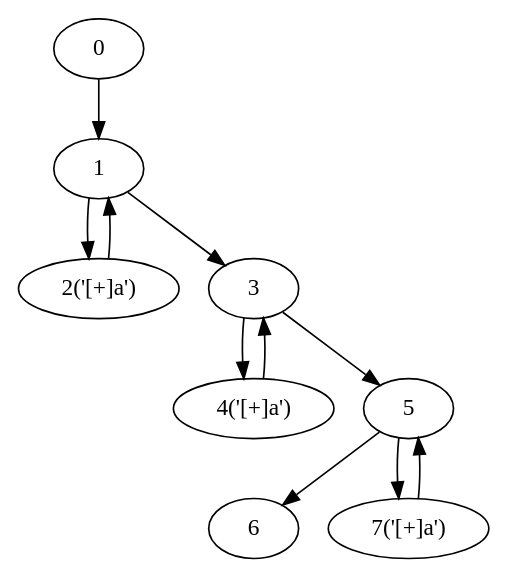
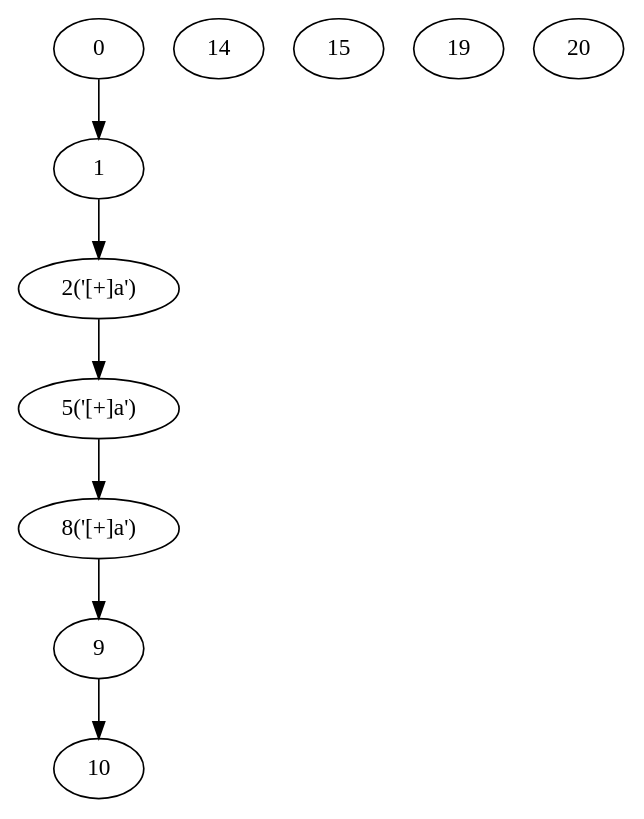
The diagram in NRegex.Test/Graphs/TestMethod15.dot (yyl-20020115/NRegEx), drawn with Graphviz before and after one commit. The commit also changed 9 other files, not shown here.

```diff
--- a/NRegex.Test/Graphs/TestMethod15.dot
+++ b/NRegex.Test/Graphs/TestMethod15.dot
@@ -1,29 +1,21 @@
 digraph g {
-	0 ;
-	0 ;
-	0 ;
-	0 ;
-	0 ;
-	0 ;
-	0 ;
-	0 ;
-	0 ;
 	0 ;
 	1 ;
 	2 [label="2('[+]a')"];
-	3 ;
-	4 [label="4('[+]a')"];
-	5 ;
-	6 ;
-	7 [label="7('[+]a')"];
+	5 [label="5('[+]a')"];
+	8 [label="8('[+]a')"];
+	9 ;
+	9 ;
+	10 ;
+	10 ;
+	14 ;
+	15 ;
+	19 ;
+	20 ;
 	0->1;
-	2->1;
 	1->2;
-	1->3;
-	4->3;
-	3->4;
-	3->5;
-	7->5;
-	5->6;
-	5->7;
+	2->5;
+	5->8;
+	8->9;
+	9->10;
 }
```
